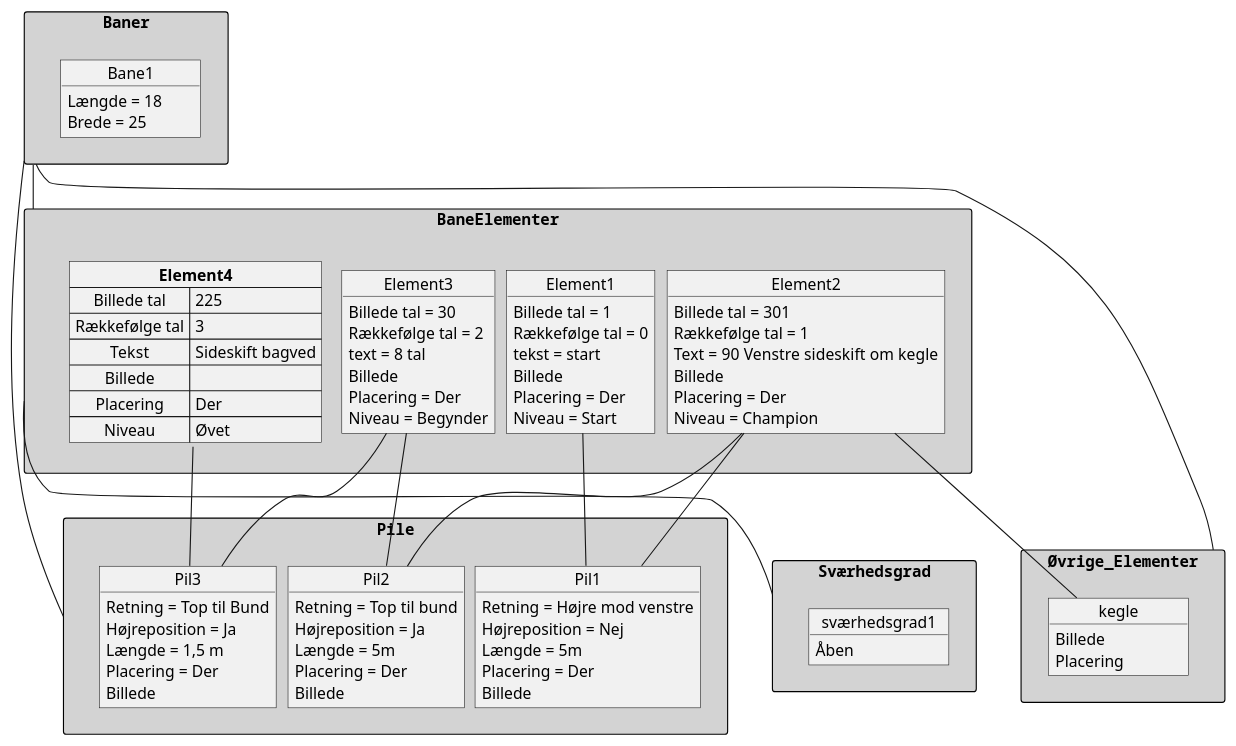
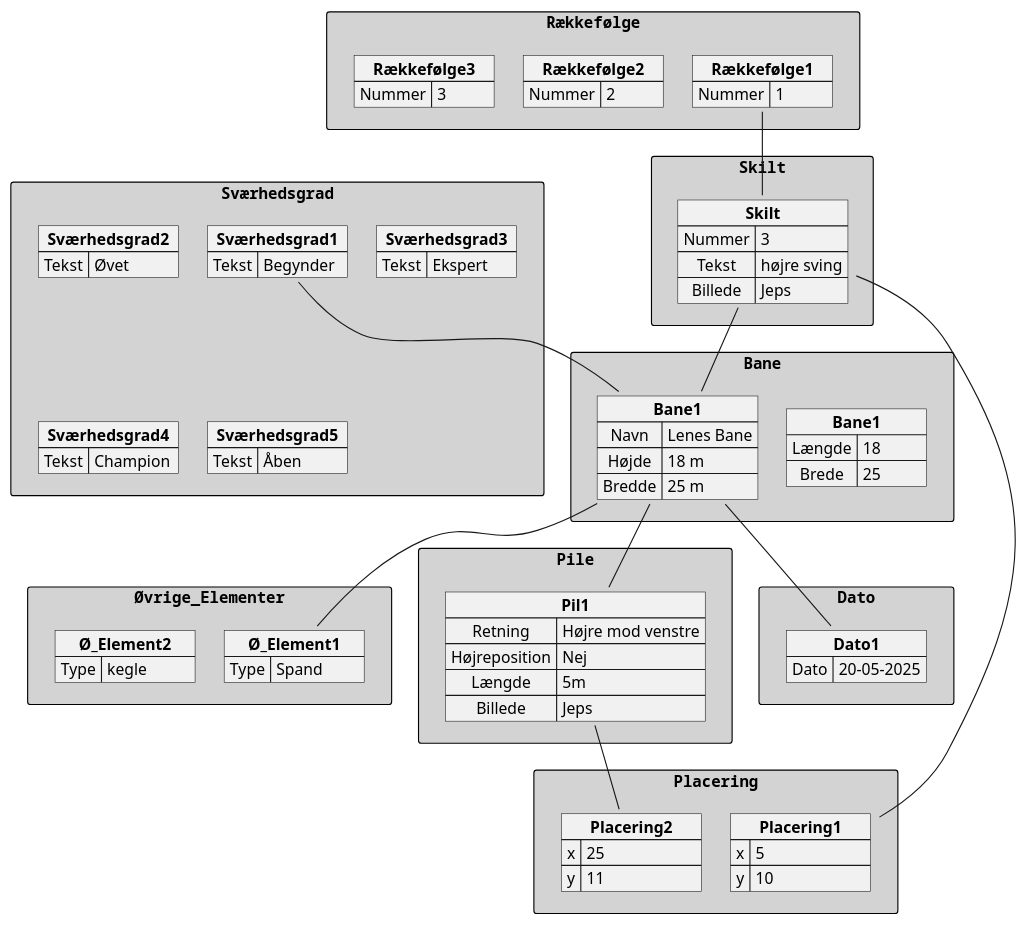
One commit to Team-1-ucl/Team1_Projekt changed the diagram in Dokumentation/Scenarier/Baner/Development View/OM/OM_Object_Model.wsd. Above: the diagram before and after it, drawn with PlantUML.

Commit message:
Objektmodel_v1

```diff
--- a/Dokumentation/Scenarier/Baner/Development View/OM/OM_Object_Model.wsd
+++ b/Dokumentation/Scenarier/Baner/Development View/OM/OM_Object_Model.wsd
@@ -1,105 +1,110 @@
 @startuml Objekt model
 top to bottom direction
 skinparam minClassWidth 125
 skinparam nodesep 10
 skinparam ranksep 10
 skinparam rectangle {
   
   BackgroundColor<<Apache>> LightCoral
   BorderColor<<Apache>> #FF6655
   FontName Courier
   BorderColor black
   BackgroundColor lightGrey
   
 }
-rectangle Baner{
-    object Bane1{
-        Længde = 18
-        Brede = 25
+rectangle Bane{
+    map "**Bane1**" as B1{
+        Længde => 18
+        Brede => 25
     }
 }
 rectangle Sværhedsgrad {
-    object sværhedsgrad1{
-        Åben
+    map "**Sværhedsgrad1**" as S1{
+        Tekst => Begynder
+    }
+    map "**Sværhedsgrad2**" as S2{
+        Tekst => Øvet
+    }
+    map "**Sværhedsgrad3**" as S3{
+        Tekst => Ekspert
+    }
+    map "**Sværhedsgrad4**" as S4{
+        Tekst => Champion
+    }
+    map "**Sværhedsgrad5**" as S5{
+        Tekst => Åben
     }
 }
 
-rectangle BaneElementer{
-    object Element1{
-        Billede tal = 1
-        Rækkefølge tal = 0
-        tekst = start 
-        Billede
-        Placering = Der
-        Niveau = Start
+rectangle Øvrige_Elementer{
+
+    map "**Ø_Element1**" as Ø1{
+        Type => Spand
     }
-
-    object Element2{
-        Billede tal = 301
-        Rækkefølge tal = 1
-        Text = 90 Venstre sideskift om kegle
-        Billede
-        Placering = Der
-        Niveau = Champion
+    map "**Ø_Element2**" as Ø2{
+        Type => kegle
     }
-    object Element3{
-        Billede tal = 30
-        Rækkefølge tal = 2
-        text = 8 tal
-        Billede
-        Placering = Der
-        Niveau = Begynder
-    }
-    map "**Element4**" as E4 {
-        Billede tal => 225
-        Rækkefølge tal => 3
-        Tekst => Sideskift bagved
-        Billede =>
-        Placering => Der
-        Niveau => Øvet
-    }
-
+    
 }
 
 rectangle Pile{
 
-    object Pil1{
-        Retning = Højre mod venstre
-        Højreposition = Nej
-        Længde = 5m
-        Placering = Der
-        Billede
-    }
-    object Pil2{
-        Retning = Top til bund
-        Højreposition = Ja
-        Længde = 5m
-        Placering = Der
-        Billede
-    }
-    object Pil3{
-        Retning = Top til Bund
-        Højreposition = Ja
-        Længde = 1,5 m
-        Placering = Der
-        Billede
+    map "**Pil1**" as Pil1{
+        Retning => Højre mod venstre
+        Højreposition => Nej
+        Længde => 5m
+        Billede =>  Jeps
     }
 }
-rectangle Øvrige_Elementer{
-    object kegle{
-        Billede
-        Placering
-    }
+
+rectangle Skilt{
+    map "**Skilt**" as Skilt1{
+            Nummer => 3
+            Tekst =>højre sving
+            Billede =>  Jeps
+        }
 }
-Baner -- Pile
-Baner -- BaneElementer
-Baner -- Øvrige_Elementer
-BaneElementer -- Sværhedsgrad
-Element1 -- Pil1
-Element2 -- Pil1
-Element2 -- kegle
-Element2 -- Pil2
-Element3 -- Pil2 
-Element3 -- Pil3
-E4 -- Pil3
+rectangle Dato{
+    map "**Dato1**" as Dato1{
+            Dato => 20-05-2025
+        }
+}
+
+rectangle Bane{
+    map "**Bane1**" as Bane1{
+            Navn => Lenes Bane
+            Højde => 18 m
+            Bredde => 25 m
+        }
+}
+rectangle Placering{
+    map "**Placering1**" as Placering1{
+            x => 5
+            y => 10
+        }
+        map "**Placering2**" as Placering2{
+            x => 25
+            y => 11
+        }
+}
+rectangle Rækkefølge{
+    map "**Rækkefølge1**" as Rækkefølge1{
+            Nummer => 1
+        }
+    map "**Rækkefølge2**" as Rækkefølge2{
+            Nummer => 2
+        }
+    map "**Rækkefølge3**" as Rækkefølge3{
+            Nummer => 3
+        }
+}
+
+Rækkefølge1 -- Skilt1
+Skilt1 -- Placering1
+Skilt1 -- Bane1
+Bane1 -- Dato1
+Bane1 -- Pil1
+Pil1 -- Placering2
+Bane1 -- Ø1
+S1 -- Bane1
 @enduml
```
